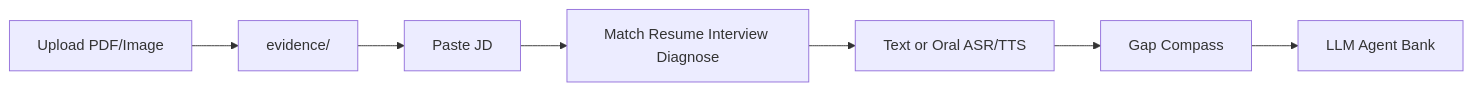
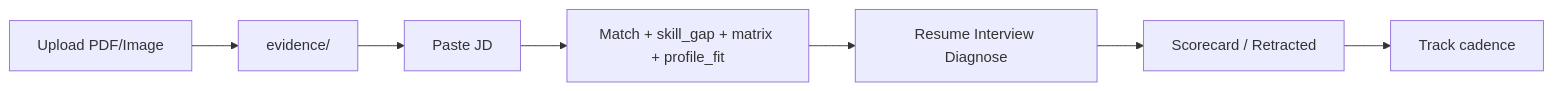
The diagram in README.md (QinHsiu/Compass), drawn with Mermaid before and after one commit. The commit also changed other lines of this file and 1 other file, not shown here.

First line of the commit message:
Document v0.7.7 evidence-native match and interview CLI in README.

````diff
--- a/README.md
+++ b/README.md
@@ -108,9 +115,9 @@
 ```mermaid
 flowchart LR
   upload[Upload PDF/Image] --> evidence[evidence/]
   evidence --> jd[Paste JD]
-  jd --> pipe[Match Resume Interview Diagnose]
-  pipe --> voice[Text or Oral ASR/TTS]
-  voice --> gap[Gap Compass]
-  gap --> bank[LLM Agent Bank]
+  jd --> match[Match + skill_gap + matrix + profile_fit]
+  match --> pipe[Resume Interview Diagnose]
+  pipe --> score[Scorecard / Retracted]
+  score --> track[Track cadence]
 ```
````
